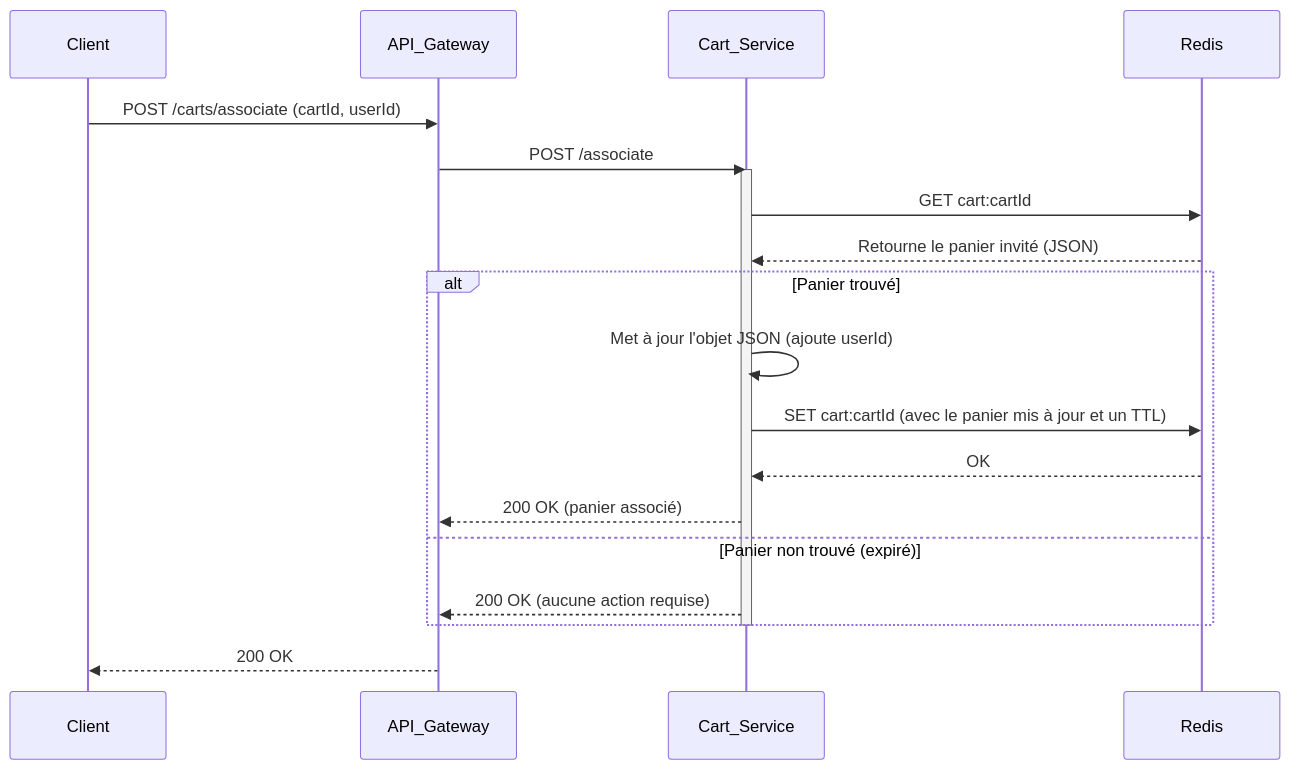
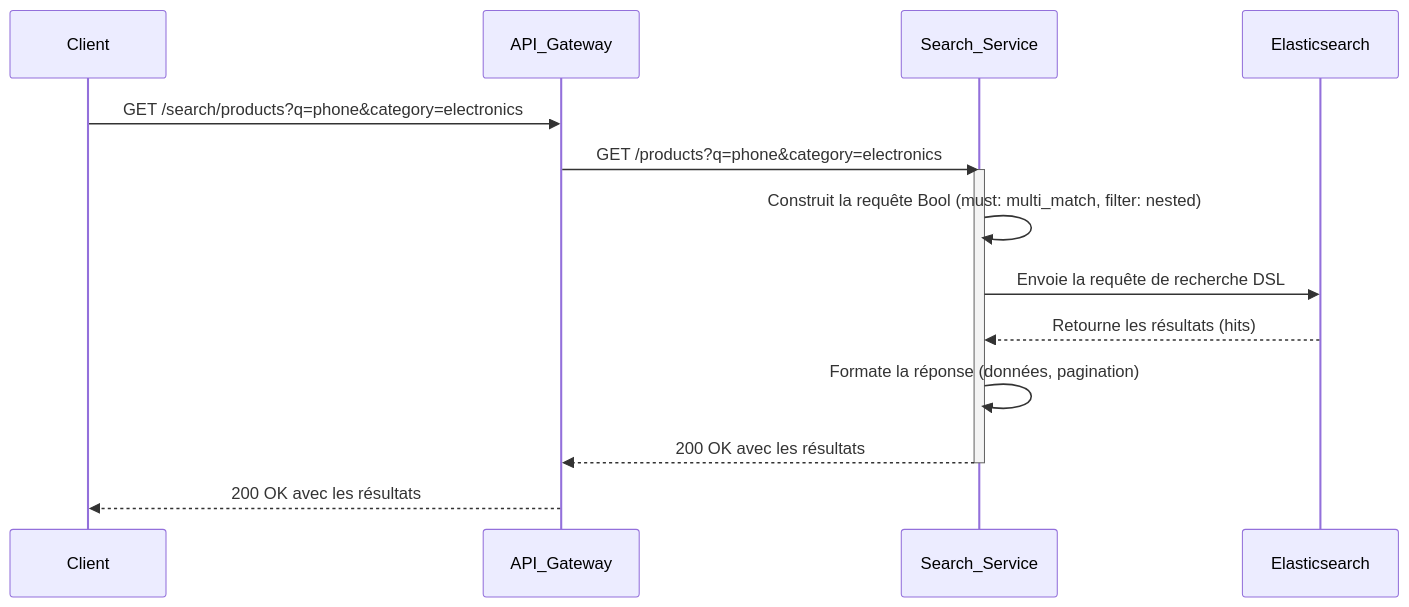
Before and after one commit to HarcheSamir/esisba-lirmm-ecommerce: diagram 11 of 12 in MVP.md, drawn with Mermaid. The commit also changed other lines of this file, not shown here.

````diff
--- a/MVP.md
+++ b/MVP.md
@@ -410,23 +501,18 @@
 ```mermaid
 sequenceDiagram
     participant Client
     participant API_Gateway
-    participant Cart_Service
-    participant Redis
+    participant Search_Service
+    participant Elasticsearch
 
-    Client->>API_Gateway: POST /carts/associate (cartId, userId)
-    API_Gateway->>Cart_Service: POST /associate
-    activate Cart_Service
-    Cart_Service->>Redis: GET cart:cartId
-    Redis-->>Cart_Service: Retourne le panier invité (JSON)
-    alt Panier trouvé
-        Cart_Service->>Cart_Service: Met à jour l'objet JSON (ajoute userId)
-        Cart_Service->>Redis: SET cart:cartId (avec le panier mis à jour et un TTL)
-        Redis-->>Cart_Service: OK
-        Cart_Service-->>API_Gateway: 200 OK (panier associé)
-    else Panier non trouvé (expiré)
-        Cart_Service-->>API_Gateway: 200 OK (aucune action requise)
-    end
-    deactivate Cart_Service
-    API_Gateway-->>Client: 200 OK
+    Client->>API_Gateway: GET /search/products?q=phone&category=electronics
+    API_Gateway->>Search_Service: GET /products?q=phone&category=electronics
+    activate Search_Service
+    Search_Service->>Search_Service: Construit la requête Bool (must: multi_match, filter: nested)
+    Search_Service->>Elasticsearch: Envoie la requête de recherche DSL
+    Elasticsearch-->>Search_Service: Retourne les résultats (hits)
+    Search_Service->>Search_Service: Formate la réponse (données, pagination)
+    Search_Service-->>API_Gateway: 200 OK avec les résultats
+    deactivate Search_Service
+    API_Gateway-->>Client: 200 OK avec les résultats
 ```
````
